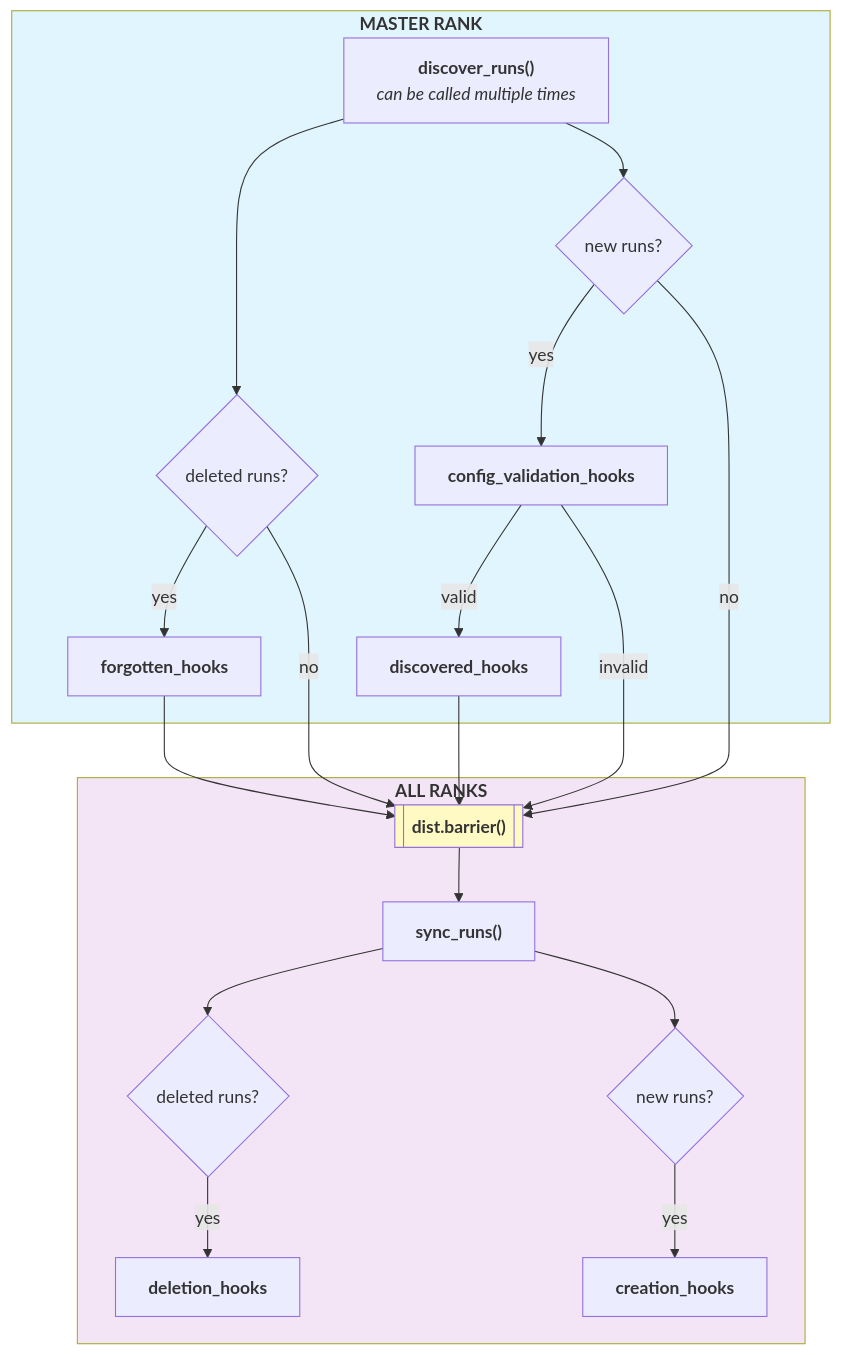
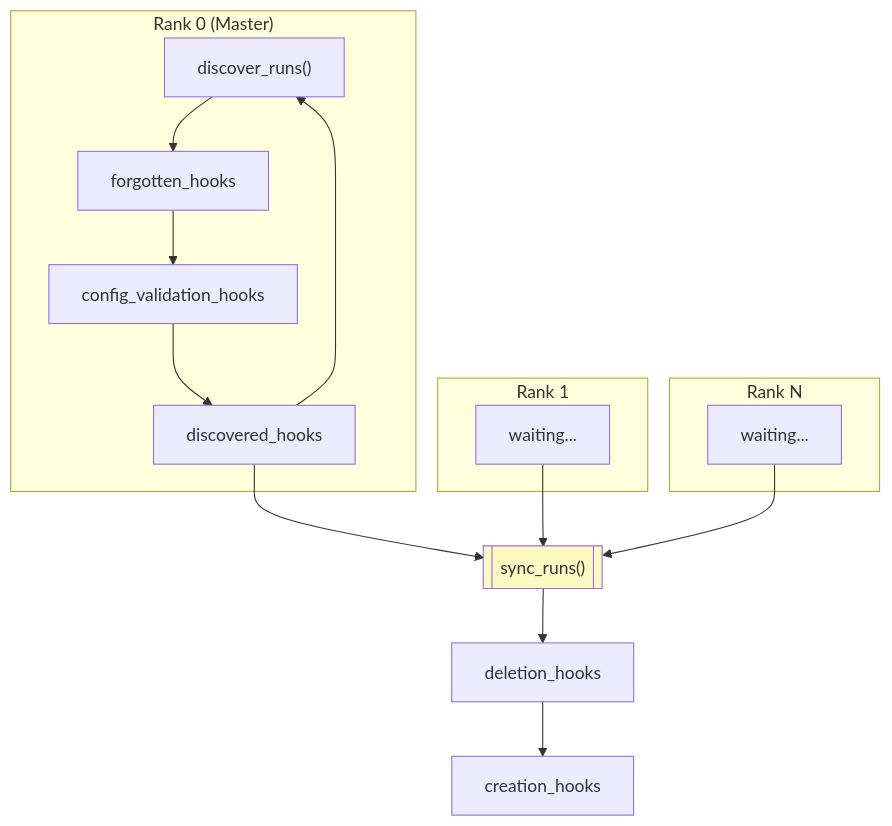
Before and after one commit to PrimeIntellect-ai/prime-rl: the diagram in docs/runs.md, drawn with Mermaid.

Commit message:
better diagram [skip ci]

````diff
--- a/docs/runs.md
+++ b/docs/runs.md
@@ -117,33 +117,33 @@
 ```mermaid
 flowchart TD
-    subgraph master["<b>MASTER RANK</b>"]
-        discover["<b>discover_runs()</b><br/><i>can be called multiple times</i>"]
+    subgraph master["Rank 0 (Master)"]
+        discover["discover_runs()"]
+        forgotten["forgotten_hooks"]
+        validation["config_validation_hooks"]
+        discovered["discovered_hooks"]
 
-        discover --> deleted_check{"deleted runs?"}
-        discover --> new_check{"new runs?"}
-
-        deleted_check -->|yes| forgotten["<b>forgotten_hooks</b>"]
-        new_check -->|yes| validation["<b>config_validation_hooks</b>"]
-        validation -->|valid| discovered["<b>discovered_hooks</b>"]
+        discover --> forgotten
+        forgotten --> validation
+        validation --> discovered
+        discovered --> discover
     end
 
-    forgotten --> barrier[["<b>dist.barrier()</b>"]]
-    discovered --> barrier
-    deleted_check -->|no| barrier
-    new_check -->|no| barrier
-    validation -->|invalid| barrier
-
-    subgraph all["<b>ALL RANKS</b>"]
-        barrier --> sync["<b>sync_runs()</b>"]
-
-        sync --> sync_deleted{"deleted runs?"}
-        sync --> sync_new{"new runs?"}
-
-        sync_deleted -->|yes| deletion["<b>deletion_hooks</b>"]
-        sync_new -->|yes| creation["<b>creation_hooks</b>"]
+    subgraph rank1["Rank 1"]
+        wait1["waiting..."]
     end
 
-    style master fill:#e1f5fe
-    style all fill:#f3e5f5
+    subgraph rankN["Rank N"]
+        waitN["waiting..."]
+    end
+
+    discovered --> barrier
+    wait1 --> barrier
+    waitN --> barrier
+
+    barrier[["sync_runs()"]]
+
+    barrier --> deletion["deletion_hooks"]
+    deletion --> creation["creation_hooks"]
+
     style barrier fill:#fff9c4
 ```
````
